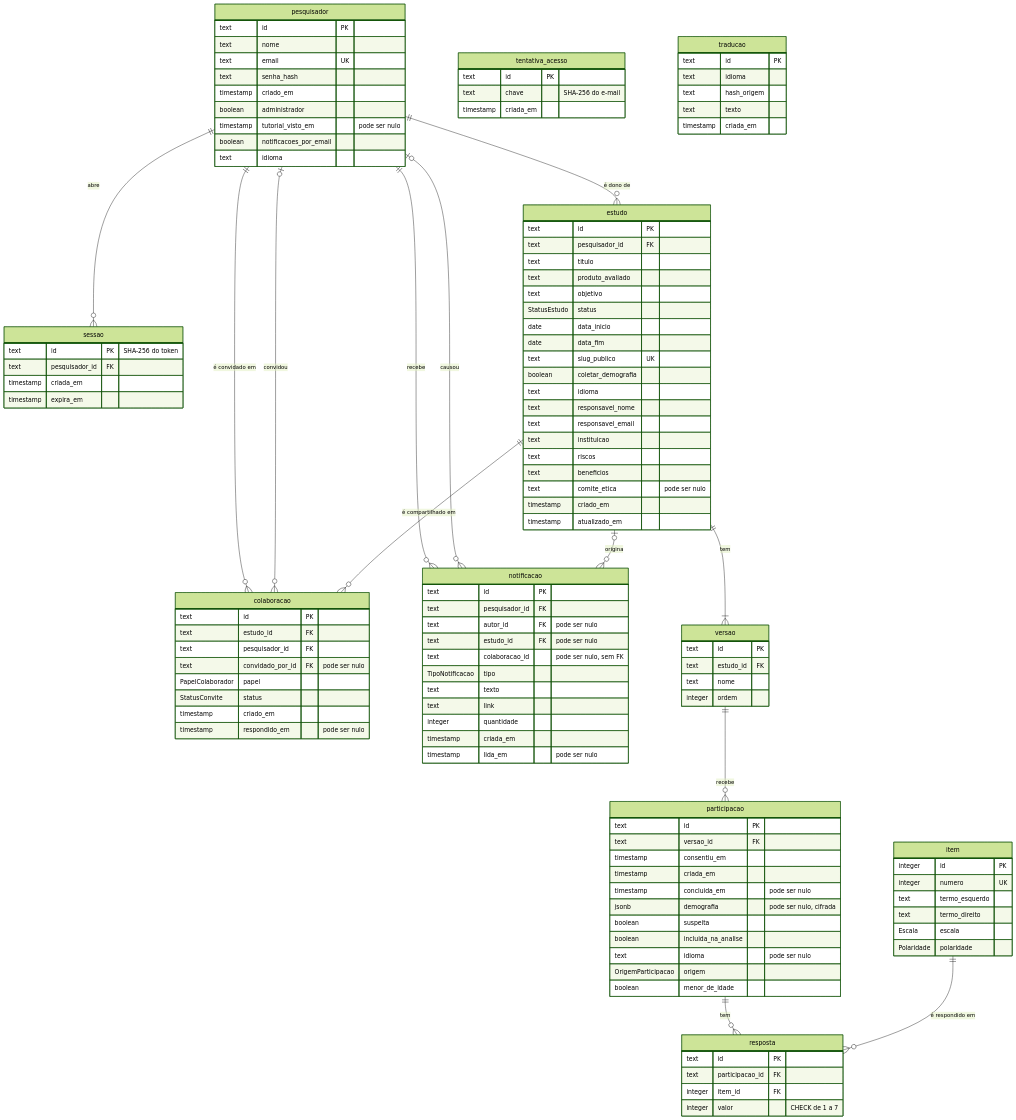
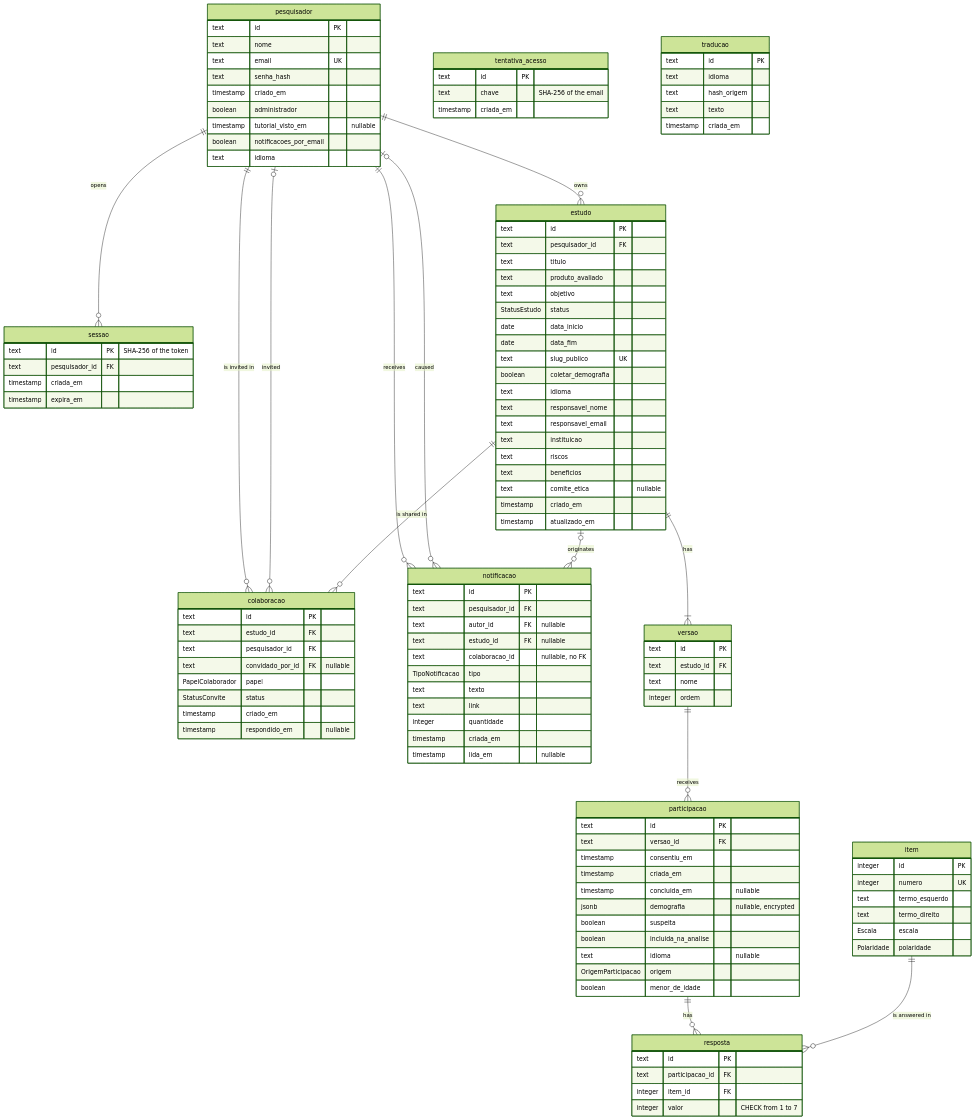
One commit to gabrielfjm/ueq_form_ihc changed the diagram in docs/documentacao/fontes/modelo-logico-1.mmd. Above: the diagram before and after it, drawn with Mermaid (forest theme). The commit also changed 151 other files, not shown here.

First line of the commit message:
mostra a documentação no idioma da interface, com os diagramas em inglês

```diff
--- a/docs/documentacao/fontes/modelo-logico-1.mmd
+++ b/docs/documentacao/fontes/modelo-logico-1.mmd
@@ -1,120 +1,120 @@
 erDiagram
-    pesquisador ||--o{ sessao : "abre"
-    pesquisador ||--o{ estudo : "é dono de"
-    pesquisador ||--o{ colaboracao : "é convidado em"
-    pesquisador |o--o{ colaboracao : "convidou"
-    pesquisador ||--o{ notificacao : "recebe"
-    pesquisador |o--o{ notificacao : "causou"
-    estudo ||--o{ colaboracao : "é compartilhado em"
-    estudo ||--|{ versao : "tem"
-    estudo |o--o{ notificacao : "origina"
-    versao ||--o{ participacao : "recebe"
-    participacao ||--o{ resposta : "tem"
-    item ||--o{ resposta : "é respondido em"
+    pesquisador ||--o{ sessao : "opens"
+    pesquisador ||--o{ estudo : "owns"
+    pesquisador ||--o{ colaboracao : "is invited in"
+    pesquisador |o--o{ colaboracao : "invited"
+    pesquisador ||--o{ notificacao : "receives"
+    pesquisador |o--o{ notificacao : "caused"
+    estudo ||--o{ colaboracao : "is shared in"
+    estudo ||--|{ versao : "has"
+    estudo |o--o{ notificacao : "originates"
+    versao ||--o{ participacao : "receives"
+    participacao ||--o{ resposta : "has"
+    item ||--o{ resposta : "is answered in"
 
     pesquisador {
         text id PK
         text nome
         text email UK
         text senha_hash
         timestamp criado_em
         boolean administrador
-        timestamp tutorial_visto_em "pode ser nulo"
+        timestamp tutorial_visto_em "nullable"
         boolean notificacoes_por_email
         text idioma
     }
     sessao {
-        text id PK "SHA-256 do token"
+        text id PK "SHA-256 of the token"
         text pesquisador_id FK
         timestamp criada_em
         timestamp expira_em
     }
     estudo {
         text id PK
         text pesquisador_id FK
         text titulo
         text produto_avaliado
         text objetivo
         StatusEstudo status
         date data_inicio
         date data_fim
         text slug_publico UK
         boolean coletar_demografia
         text idioma
         text responsavel_nome
         text responsavel_email
         text instituicao
         text riscos
         text beneficios
-        text comite_etica "pode ser nulo"
+        text comite_etica "nullable"
         timestamp criado_em
         timestamp atualizado_em
     }
     colaboracao {
         text id PK
         text estudo_id FK
         text pesquisador_id FK
-        text convidado_por_id FK "pode ser nulo"
+        text convidado_por_id FK "nullable"
         PapelColaborador papel
         StatusConvite status
         timestamp criado_em
-        timestamp respondido_em "pode ser nulo"
+        timestamp respondido_em "nullable"
     }
     versao {
         text id PK
         text estudo_id FK
         text nome
         integer ordem
     }
     item {
         integer id PK
         integer numero UK
         text termo_esquerdo
         text termo_direito
         Escala escala
         Polaridade polaridade
     }
     participacao {
         text id PK
         text versao_id FK
         timestamp consentiu_em
         timestamp criada_em
-        timestamp concluida_em "pode ser nulo"
-        jsonb demografia "pode ser nulo, cifrada"
+        timestamp concluida_em "nullable"
+        jsonb demografia "nullable, encrypted"
         boolean suspeita
         boolean incluida_na_analise
-        text idioma "pode ser nulo"
+        text idioma "nullable"
         OrigemParticipacao origem
         boolean menor_de_idade
     }
     resposta {
         text id PK
         text participacao_id FK
         integer item_id FK
-        integer valor "CHECK de 1 a 7"
+        integer valor "CHECK from 1 to 7"
     }
     notificacao {
         text id PK
         text pesquisador_id FK
-        text autor_id FK "pode ser nulo"
-        text estudo_id FK "pode ser nulo"
-        text colaboracao_id "pode ser nulo, sem FK"
+        text autor_id FK "nullable"
+        text estudo_id FK "nullable"
+        text colaboracao_id "nullable, no FK"
         TipoNotificacao tipo
         text texto
         text link
         integer quantidade
         timestamp criada_em
-        timestamp lida_em "pode ser nulo"
+        timestamp lida_em "nullable"
     }
     tentativa_acesso {
         text id PK
-        text chave "SHA-256 do e-mail"
+        text chave "SHA-256 of the email"
         timestamp criada_em
     }
     traducao {
         text id PK
         text idioma
         text hash_origem
         text texto
         timestamp criada_em
     }
```
